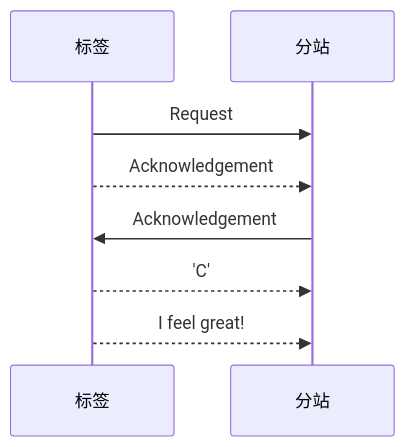
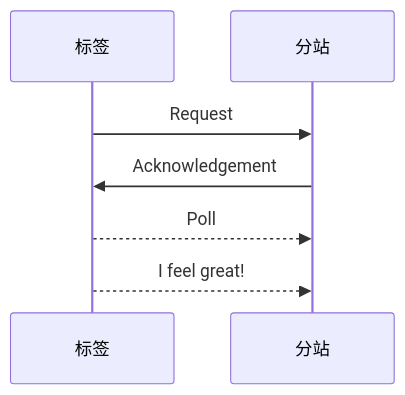
Before and after one commit to geek-zhao/iodraw-files: the diagram in all/未命名.md, drawn with Mermaid.

Commit message:
2024-08-17 13:55:00 update

````diff
--- a/all/未命名.md
+++ b/all/未命名.md
@@ -1,9 +1,8 @@
 ```mermaid
 sequenceDiagram
     标签->>分站: Request
-    标签-->>分站: Acknowledgement
     分站->>标签: Acknowledgement
-    标签-->>分站: 'C'
+    标签-->>分站: Poll
     标签-->>分站: I feel great!
             
 ```
````
